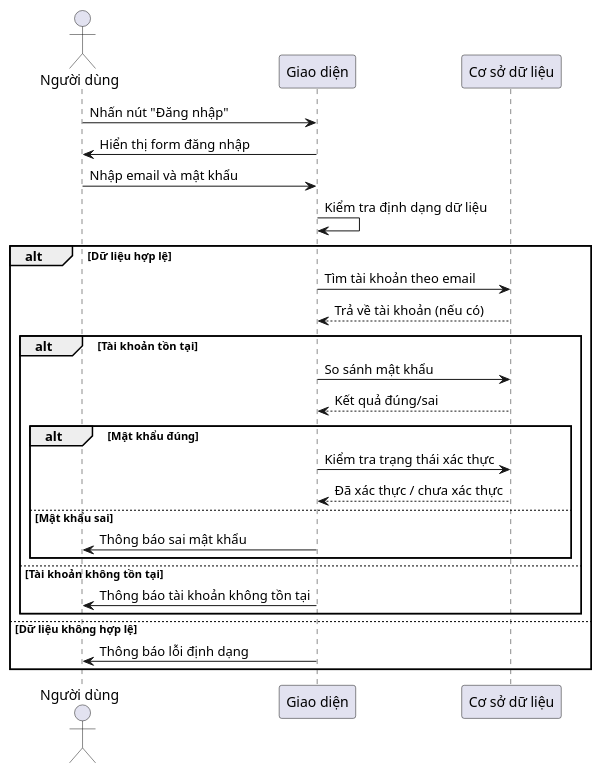
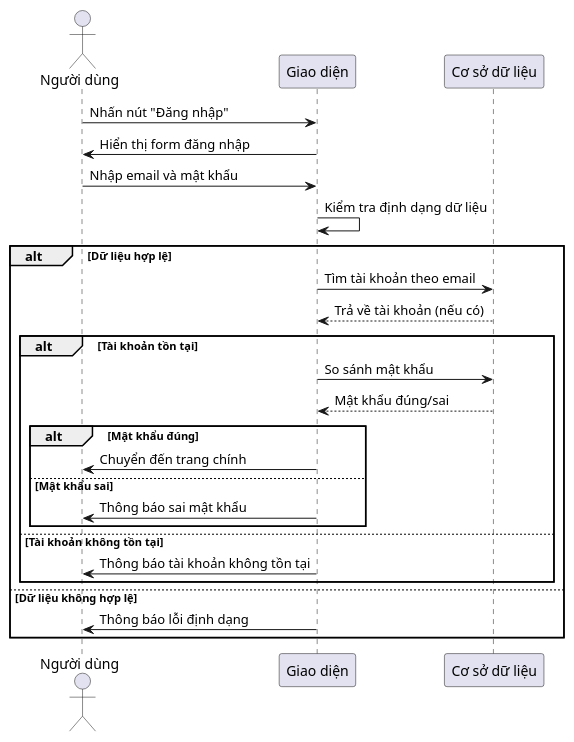
One commit to Gragy08/DADN_GQ changed the diagram in UML/login_sequence.plantuml. Above: the diagram before and after it, drawn with PlantUML. The commit also changed 14 other files, not shown here.

```diff
--- a/UML/login_sequence.plantuml
+++ b/UML/login_sequence.plantuml
@@ -1,31 +1,30 @@
 @startuml
 actor "Người dùng" as User
 participant "Giao diện" as UI
 participant "Cơ sở dữ liệu" as DB
 
 User -> UI : Nhấn nút "Đăng nhập"
 UI -> User : Hiển thị form đăng nhập
 User -> UI : Nhập email và mật khẩu
 UI -> UI : Kiểm tra định dạng dữ liệu
 
 alt Dữ liệu hợp lệ
     UI -> DB : Tìm tài khoản theo email
     DB --> UI : Trả về tài khoản (nếu có)
 
     alt Tài khoản tồn tại
         UI -> DB : So sánh mật khẩu
-        DB --> UI : Kết quả đúng/sai
+        DB --> UI : Mật khẩu đúng/sai
 
         alt Mật khẩu đúng
-            UI -> DB : Kiểm tra trạng thái xác thực
-            DB --> UI : Đã xác thực / chưa xác thực
+            UI -> User : Chuyển đến trang chính
         else Mật khẩu sai
             UI -> User : Thông báo sai mật khẩu
         end
     else Tài khoản không tồn tại
         UI -> User : Thông báo tài khoản không tồn tại
     end
 else Dữ liệu không hợp lệ
     UI -> User : Thông báo lỗi định dạng
 end
 @enduml
```
